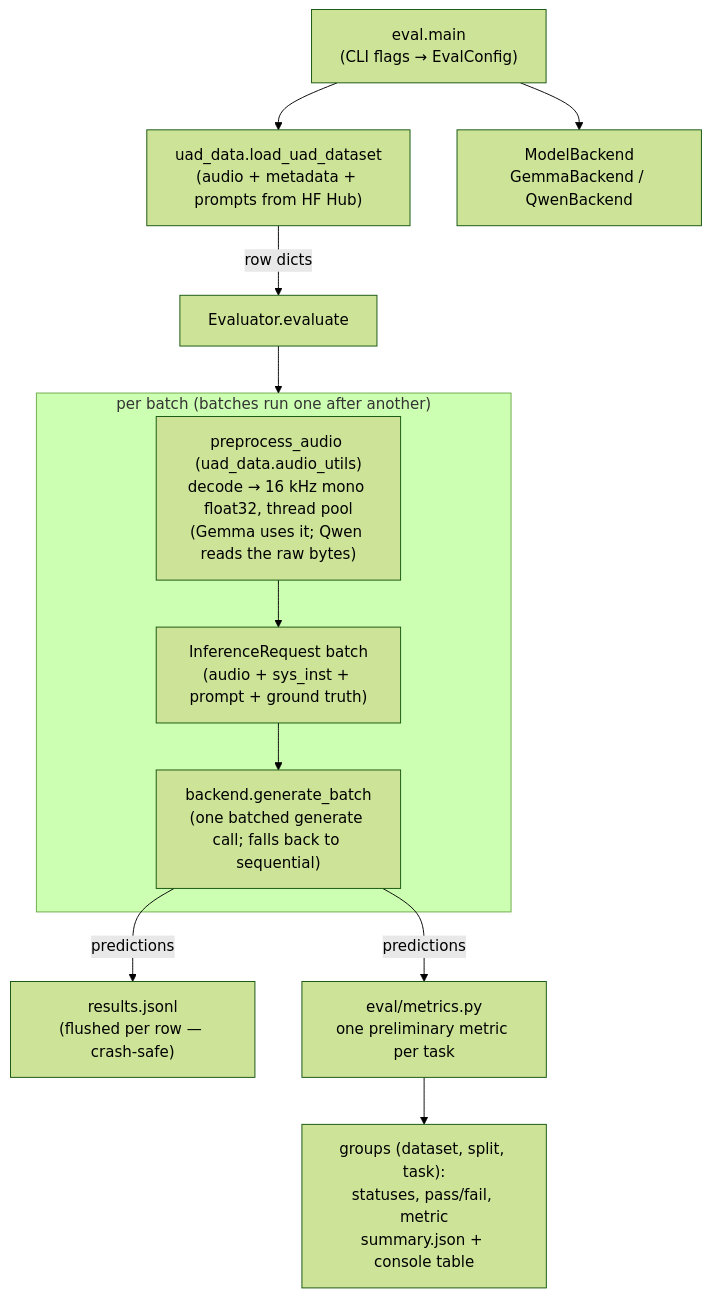
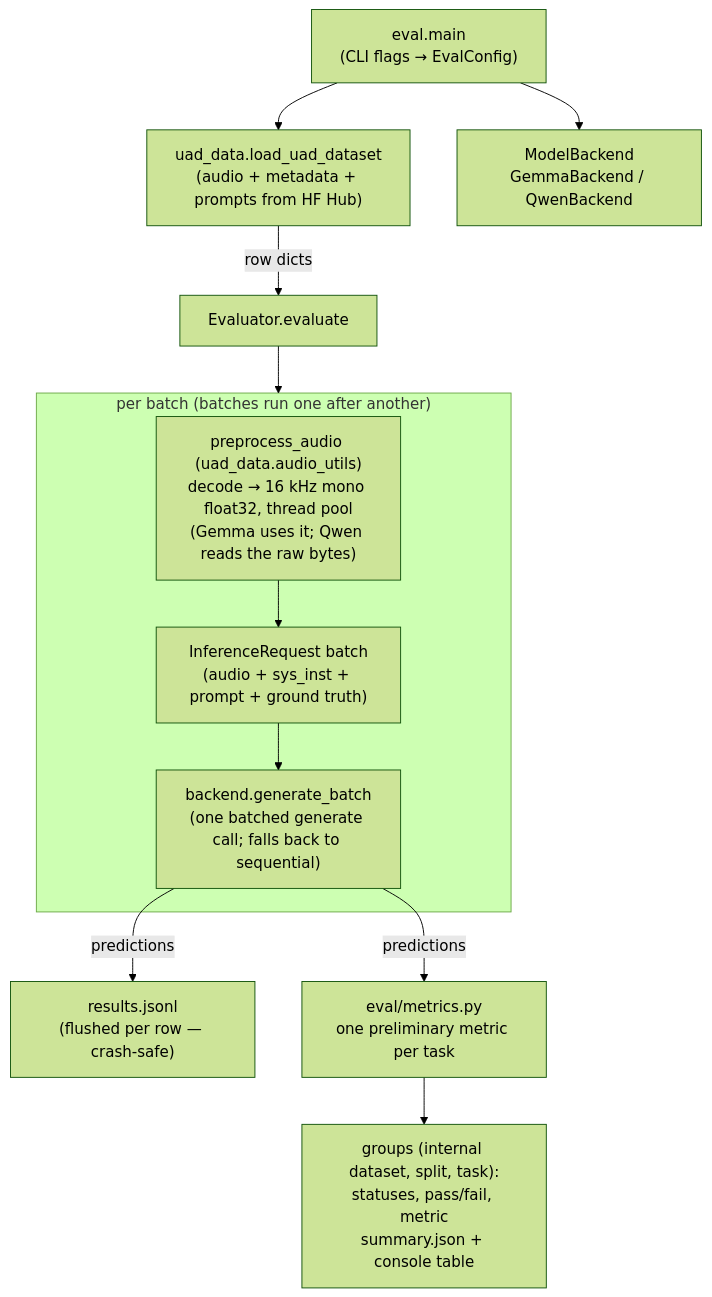
One commit to derkmed/universal_audio_instruct changed the diagram in eval/README.md. Above: the diagram before and after it, drawn with Mermaid (forest theme). The commit also changed 5 other files, not shown here.

````diff
--- a/eval/README.md
+++ b/eval/README.md
@@ -17,18 +17,18 @@
 ```mermaid
 flowchart TD
     CLI["eval.main<br/>(CLI flags → EvalConfig)"] --> LOADER["uad_data.load_uad_dataset<br/>(audio + metadata + prompts from HF Hub)"]
     CLI --> BE["ModelBackend<br/>GemmaBackend / QwenBackend"]
     LOADER -- "row dicts" --> EV["Evaluator.evaluate"]
 
     subgraph BATCH["per batch (batches run one after another)"]
         PRE["preprocess_audio (uad_data.audio_utils)<br/>decode → 16 kHz mono float32, thread pool<br/>(Gemma uses it; Qwen reads the raw bytes)"]
         REQ["InferenceRequest batch<br/>(audio + sys_inst + prompt + ground truth)"]
         GEN["backend.generate_batch<br/>(one batched generate call; falls back to sequential)"]
         PRE --> REQ --> GEN
     end
 
     EV --> BATCH
     GEN -- "predictions" --> JSONL["results.jsonl<br/>(flushed per row — crash-safe)"]
     GEN -- "predictions" --> SCORE["eval/metrics.py<br/>one preliminary metric per task"]
-    SCORE --> SUM["groups (dataset, split, task):<br/>statuses, pass/fail, metric<br/>summary.json + console table"]
+    SCORE --> SUM["groups (internal dataset, split, task):<br/>statuses, pass/fail, metric<br/>summary.json + console table"]
 ```
````
